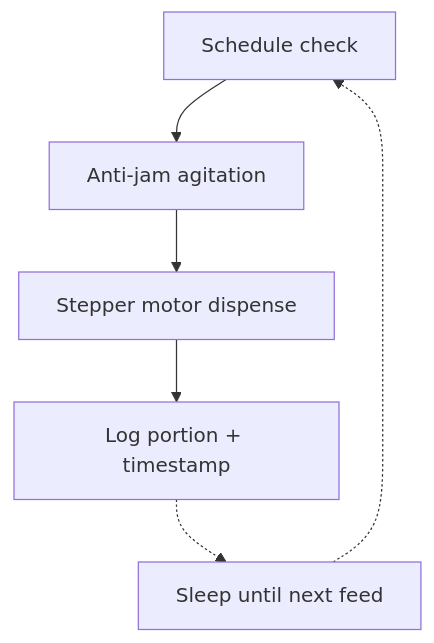
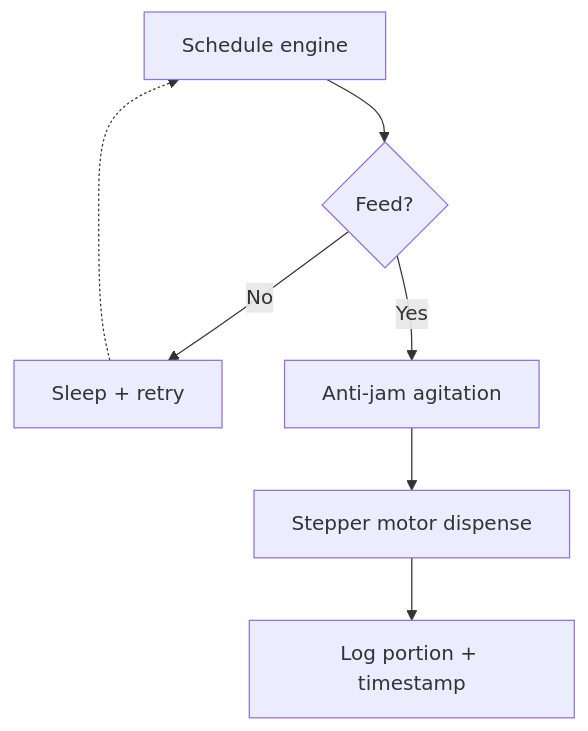
The diagram in src/content/projects/petfeedr.md (Minimalistic/marsh.city), drawn with Mermaid before and after one commit. The commit also changed other lines of this file, not shown here.

Commit message:
fix: restore PetFeedr diagram branching, shorten diamond label
Put the decision diamond back with Yes/No branches. Shortened
label to "Feed?" so it fits inside the shape. No branch loops
left to avoid clipping.

````diff
--- a/src/content/projects/petfeedr.md
+++ b/src/content/projects/petfeedr.md
@@ -40,8 +40,9 @@
 ```mermaid
 flowchart TD
-  A[Schedule check] --> B[Anti-jam agitation]
-  B --> C[Stepper motor dispense]
-  C --> D[Log portion + timestamp]
-  D -.-> E[Sleep until next feed]
-  E -.-> A
+  A[Schedule engine] --> B{Feed?}
+  B -->|No| F[Sleep + retry]
+  F -.-> A
+  B -->|Yes| C[Anti-jam agitation]
+  C --> D[Stepper motor dispense]
+  D --> E[Log portion + timestamp]
 ```
````
